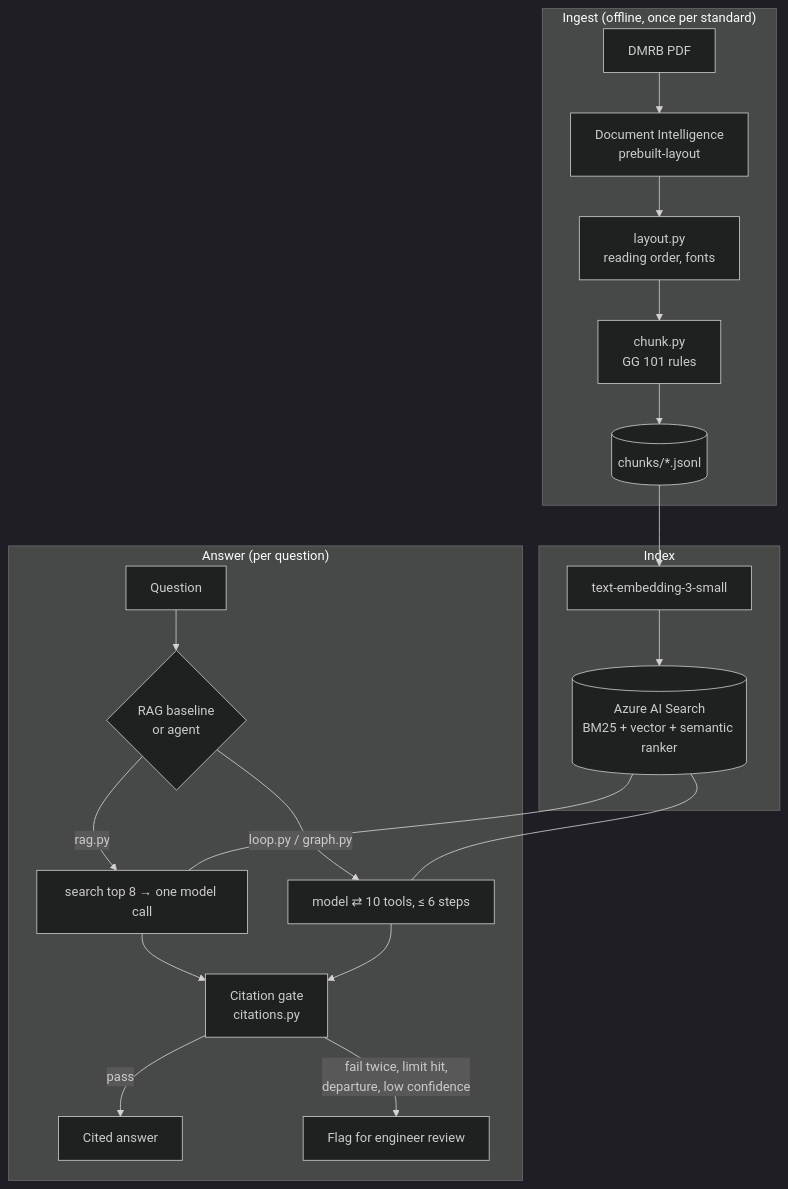
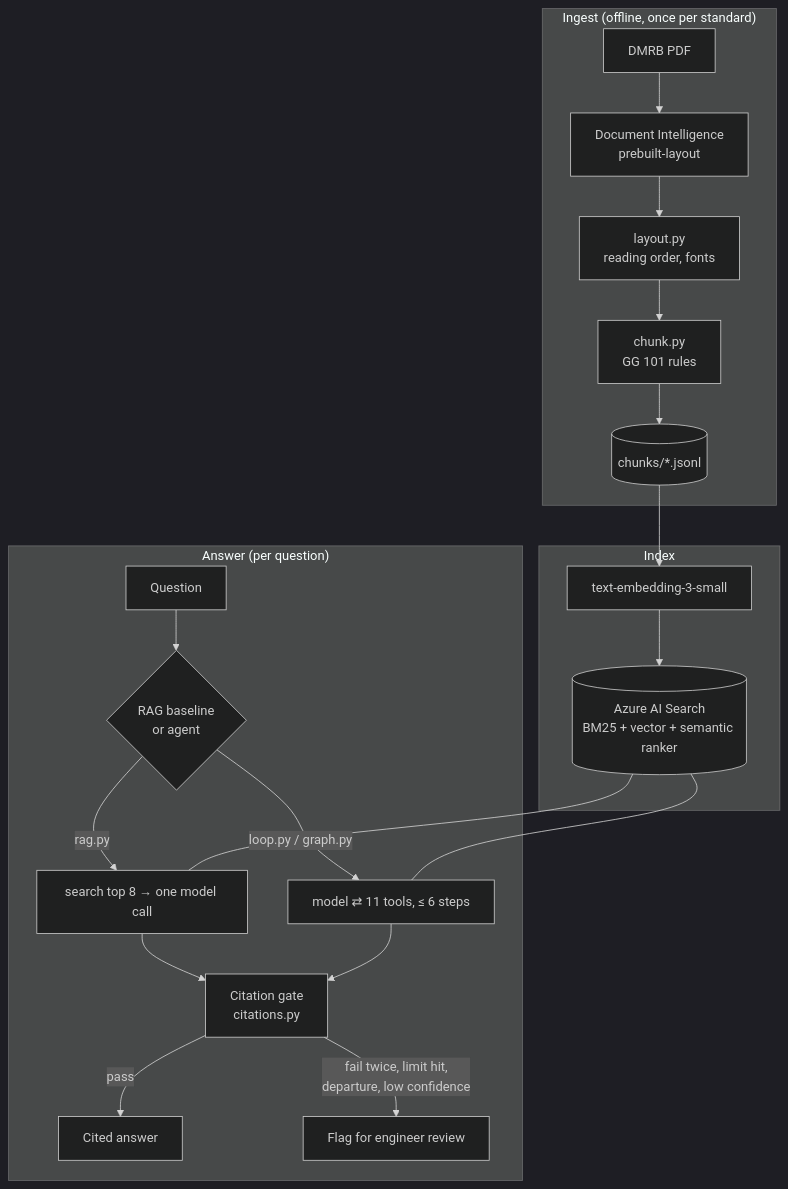
One commit to benw312/dmrb-standards-assistant changed the diagram in docs/ARCHITECTURE.md. Above: the diagram before and after it, drawn with Mermaid (dark theme). The commit also changed other lines of this file and 4 other files, not shown here.

````diff
--- a/docs/ARCHITECTURE.md
+++ b/docs/ARCHITECTURE.md
@@ -8,24 +8,24 @@
 ```mermaid
 flowchart TB
     subgraph Ingest["Ingest (offline, once per standard)"]
         PDF[DMRB PDF] --> DI[Document Intelligence<br/>prebuilt-layout]
         DI --> L[layout.py<br/>reading order, fonts]
         L --> C[chunk.py<br/>GG 101 rules]
         C --> J[(chunks/*.jsonl)]
     end
     subgraph Index["Index"]
         J --> E[text-embedding-3-small]
         E --> S[(Azure AI Search<br/>BM25 + vector + semantic ranker)]
     end
     subgraph Answer["Answer (per question)"]
         Q[Question] --> A{RAG baseline<br/>or agent}
         A -->|rag.py| R[search top 8 → one model call]
-        A -->|loop.py / graph.py| G[model ⇄ 10 tools, ≤ 6 steps]
+        A -->|loop.py / graph.py| G[model ⇄ 11 tools, ≤ 6 steps]
         R --> V[Citation gate<br/>citations.py]
         G --> V
         V -->|pass| OK[Cited answer]
         V -->|fail twice, limit hit,<br/>departure, low confidence| H[Flag for engineer review]
     end
     S --- R
     S --- G
 ```
````
